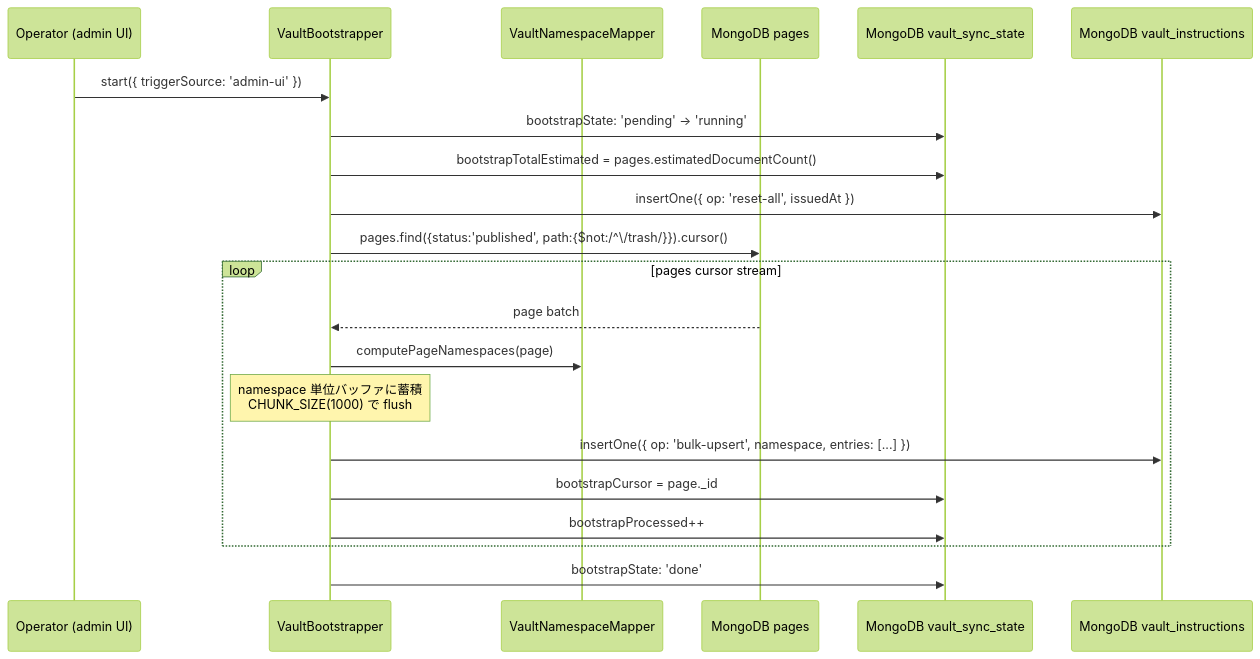
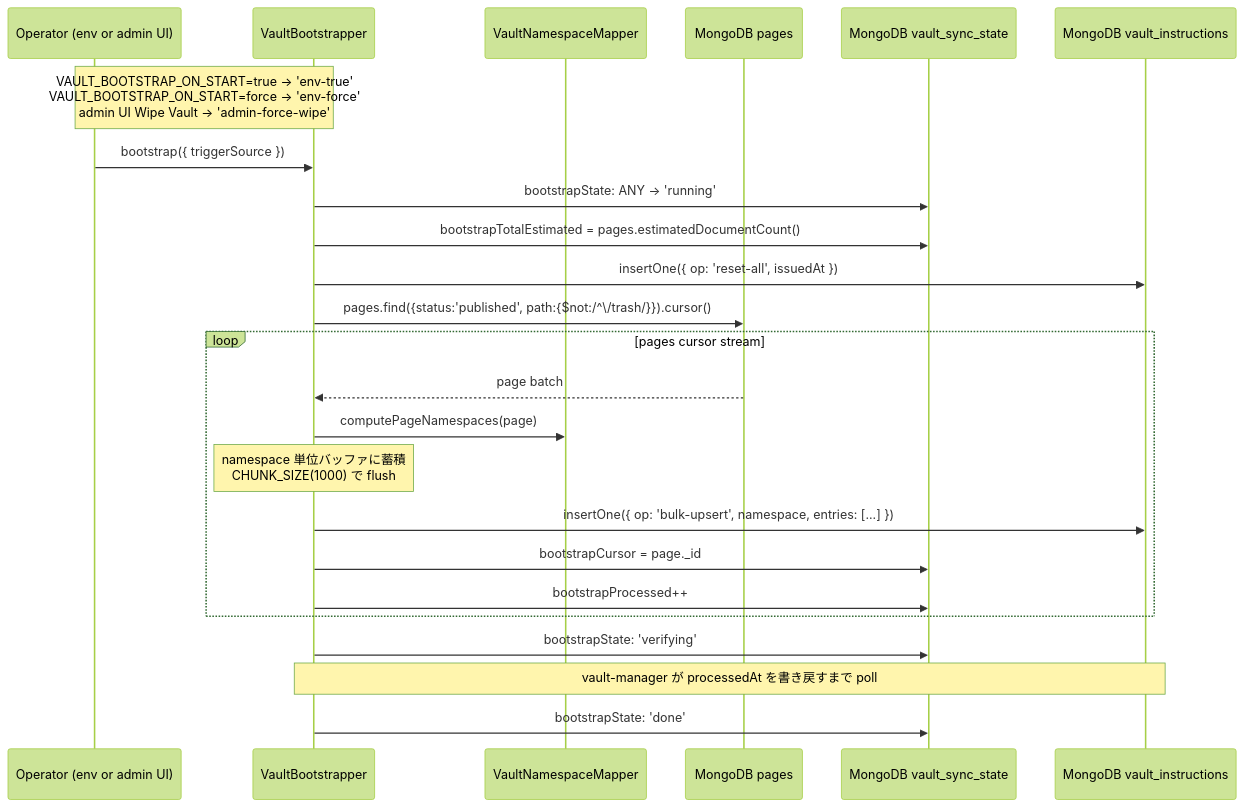
Before and after one commit to growilabs/growi: the fourth of 4 diagrams in .kiro/specs/growi-vault-gateway/design.md, drawn with Mermaid (forest theme). The commit also changed other lines of this file and 17 other files, not shown here.

````diff
--- a/.kiro/specs/growi-vault-gateway/design.md
+++ b/.kiro/specs/growi-vault-gateway/design.md
@@ -235,24 +235,27 @@
 ```mermaid
 sequenceDiagram
-    participant Op as Operator (admin UI)
+    participant Op as Operator (env or admin UI)
     participant Boot as VaultBootstrapper
     participant Map as VaultNamespaceMapper
     participant DB as MongoDB pages
     participant SS as MongoDB vault_sync_state
     participant Inst as MongoDB vault_instructions
 
-    Op->>Boot: start({ triggerSource: 'admin-ui' })
-    Boot->>SS: bootstrapState: 'pending' → 'running'
+    Note over Op,Boot: VAULT_BOOTSTRAP_ON_START=true → 'env-true'<br/>VAULT_BOOTSTRAP_ON_START=force → 'env-force'<br/>admin UI Wipe Vault → 'admin-force-wipe'
+    Op->>Boot: bootstrap({ triggerSource })
+    Boot->>SS: bootstrapState: ANY → 'running'
     Boot->>SS: bootstrapTotalEstimated = pages.estimatedDocumentCount()
     Boot->>Inst: insertOne({ op: 'reset-all', issuedAt })
     Boot->>DB: pages.find({status:'published', path:{$not:/^\/trash/}}).cursor()
     loop pages cursor stream
         DB-->>Boot: page batch
         Boot->>Map: computePageNamespaces(page)
         Note over Boot: namespace 単位バッファに蓄積<br/>CHUNK_SIZE(1000) で flush
         Boot->>Inst: insertOne({ op: 'bulk-upsert', namespace, entries: [...] })
         Boot->>SS: bootstrapCursor = page._id
         Boot->>SS: bootstrapProcessed++
     end
+    Boot->>SS: bootstrapState: 'verifying'
+    Note over Boot,Inst: vault-manager が processedAt を書き戻すまで poll
     Boot->>SS: bootstrapState: 'done'
 ```
````
